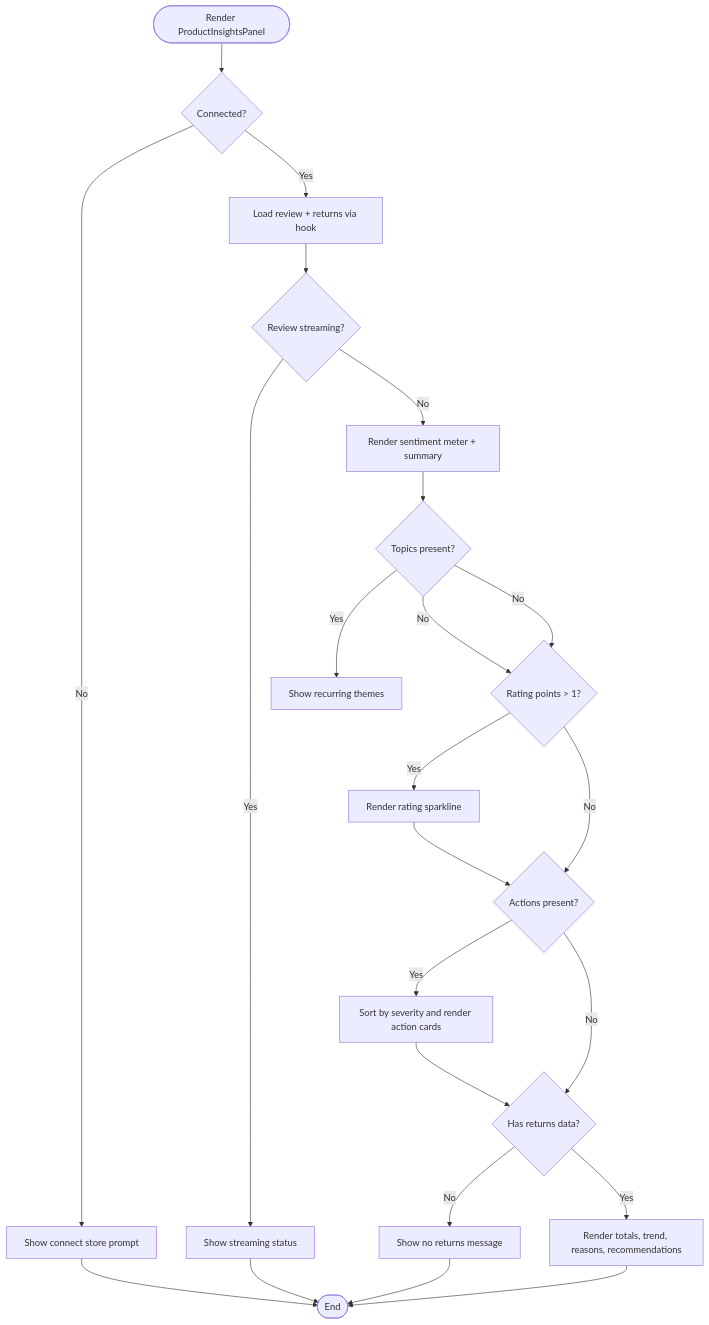
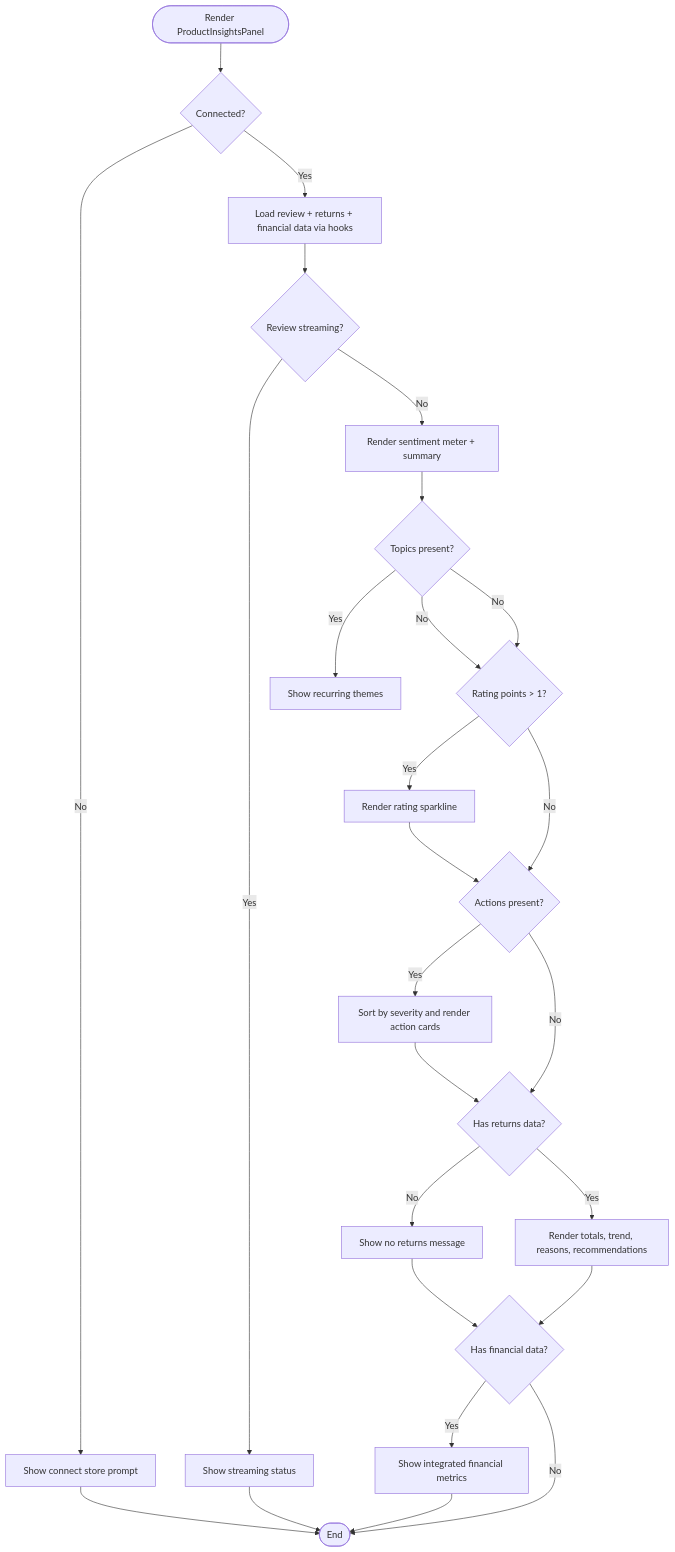
The third of 6 diagrams in .qoder/repowiki/en/content/Product Management/Product Insights & Analytics.md (Muhammad-Masood/tijarah-ai-app), drawn with Mermaid before and after one commit. The commit also changed other lines of this file and 11 other files, not shown here.

````diff
--- a/.qoder/repowiki/en/content/Product Management/Product Insights & Analytics.md
+++ b/.qoder/repowiki/en/content/Product Management/Product Insights & Analytics.md
@@ -145,25 +181,28 @@
 ```mermaid
 flowchart TD
 Start(["Render ProductInsightsPanel"]) --> CheckConn{"Connected?"}
 CheckConn --> |No| ShowConnect["Show connect store prompt"]
-CheckConn --> |Yes| LoadData["Load review + returns via hook"]
+CheckConn --> |Yes| LoadData["Load review + returns + financial data via hooks"]
 LoadData --> StreamReview{"Review streaming?"}
 StreamReview --> |Yes| ShowReviewStatus["Show streaming status"]
 StreamReview --> |No| RenderSentiment["Render sentiment meter + summary"]
 RenderSentiment --> Themes{"Topics present?"}
 Themes --> |Yes| ShowThemes["Show recurring themes"]
 Themes --> |No| RatingTrend{"Rating points > 1?"}
 Themes --> |No| RatingTrend
 RatingTrend --> |Yes| ShowRatingSparkline["Render rating sparkline"]
 RatingTrend --> |No| Actions{"Actions present?"}
 ShowRatingSparkline --> Actions
 Actions --> |Yes| ShowActions["Sort by severity and render action cards"]
 Actions --> |No| Returns{"Has returns data?"}
 ShowActions --> Returns
 Returns --> |No| NoReturns["Show no returns message"]
 Returns --> |Yes| RenderReturns["Render totals, trend, reasons, recommendations"]
-NoReturns --> End(["End"])
-RenderReturns --> End
+NoReturns --> Financial{"Has financial data?"}
+RenderReturns --> Financial
+Financial --> |Yes| ShowFinancials["Show integrated financial metrics"]
+Financial --> |No| End(["End"])
+ShowFinancials --> End
 ShowConnect --> End
 ShowReviewStatus --> End
 ```
````
